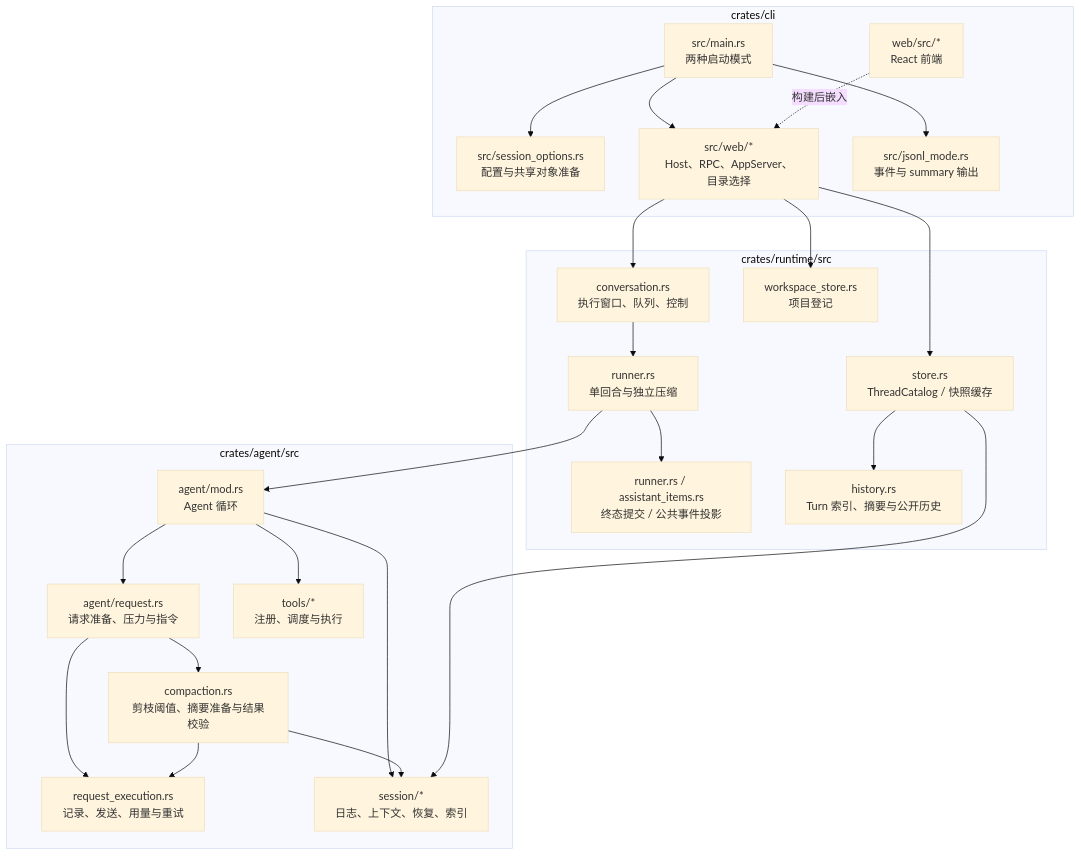
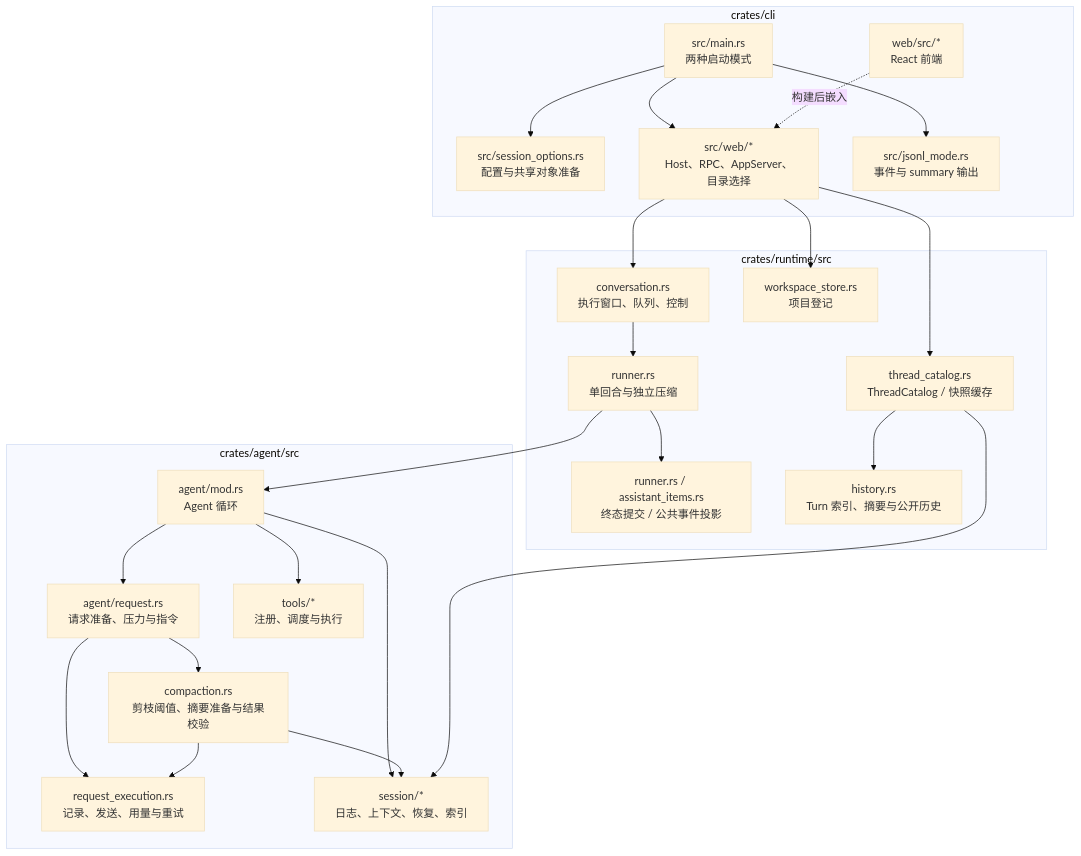
The third of 29 diagrams in docs/architecture.md (qjcnmd/singularity-agent), drawn with Mermaid (base theme) before and after one commit. The commit also changed 8 other files, not shown here.

````diff
--- a/docs/architecture.md
+++ b/docs/architecture.md
@@ -73,29 +73,29 @@
 ```mermaid
 flowchart TB
     subgraph CliSource["crates/cli"]
         Main["src/main.rs<br/>两种启动模式"] --> Setup["src/session_options.rs<br/>配置与共享对象准备"]
         Main --> Web["src/web/*<br/>Host、RPC、AppServer、目录选择"]
         Main --> JSONL["src/jsonl_mode.rs<br/>事件与 summary 输出"]
         Front["web/src/*<br/>React 前端"] -. "构建后嵌入" .-> Web
     end
     subgraph RuntimeSource["crates/runtime/src"]
         Conv["conversation.rs<br/>执行窗口、队列、控制"] --> Run["runner.rs<br/>单回合与独立压缩"]
         Run --> Terminal["runner.rs / assistant_items.rs<br/>终态提交 / 公共事件投影"]
-        Catalog["store.rs<br/>ThreadCatalog / 快照缓存"] --> History["history.rs<br/>Turn 索引、摘要与公开历史"]
+        Catalog["thread_catalog.rs<br/>ThreadCatalog / 快照缓存"] --> History["history.rs<br/>Turn 索引、摘要与公开历史"]
         WS["workspace_store.rs<br/>项目登记"]
     end
     subgraph AgentSource["crates/agent/src"]
         Loop["agent/mod.rs<br/>Agent 循环"] --> Requests["agent/request.rs<br/>请求准备、压力与指令"]
         Loop --> Tool["tools/*<br/>注册、调度与执行"]
         Requests --> Compact["compaction.rs<br/>剪枝阈值、摘要准备与结果校验"]
         Requests --> Execute["request_execution.rs<br/>记录、发送、用量与重试"]
         Compact --> Execute
         Loop --> Sessions["session/*<br/>日志、上下文、恢复、索引"]
         Compact --> Sessions
     end
     Web --> Conv
     Web --> Catalog
     Web --> WS
     Run --> Loop
     Catalog --> Sessions
 ```
````
